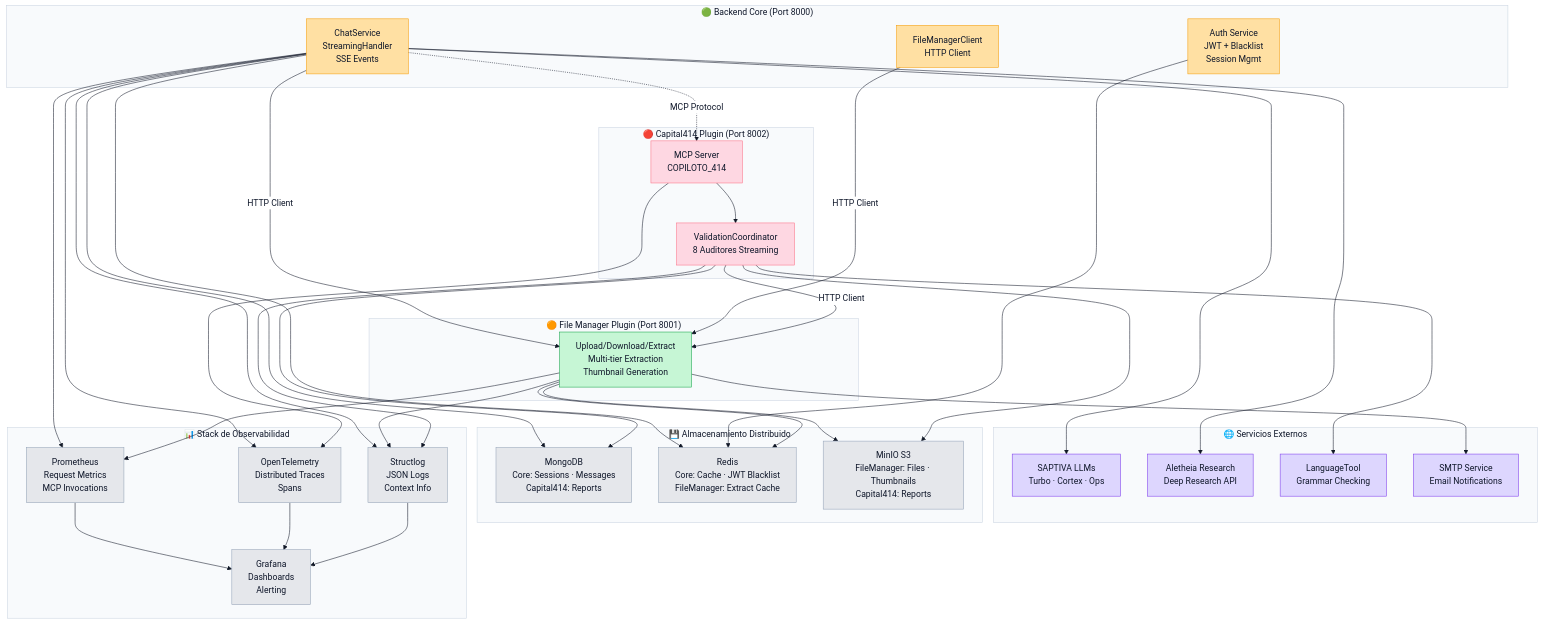
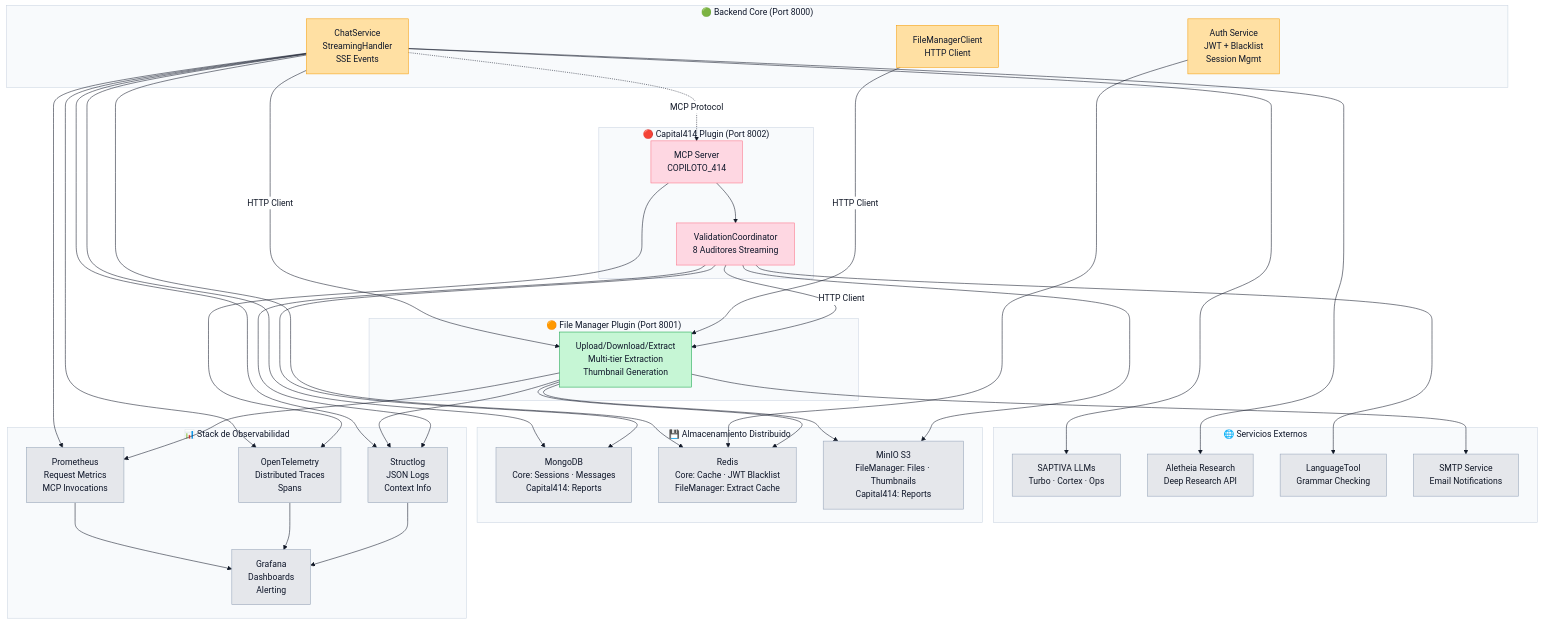
One commit to saptiva-ai/octavios-chat changed the fourth of 11 diagrams in README.md. Above: the diagram before and after it, drawn with Mermaid. The commit also changed other lines of this file, not shown here.

Commit message:
docs: simplify backend diagram palette

````diff
--- a/README.md
+++ b/README.md
@@ -541,79 +541,79 @@
 ```mermaid
-%%{init: {'theme': 'base', 'themeVariables': {'primaryColor': '#0f172a','primaryBorderColor': '#38bdf8','primaryTextColor': '#0f172a','lineColor': '#111827','textColor': '#111827','secondaryColor': '#ffffff','secondaryBorderColor': '#cbd5e1','secondaryTextColor': '#0f172a','tertiaryColor': '#f8fafc','tertiaryBorderColor': '#cbd5e1','tertiaryTextColor': '#0f172a'}}}%%
+%%{init: {'theme': 'base', 'themeVariables': {'primaryColor': '#0f172a','primaryBorderColor': '#38bdf8','primaryTextColor': '#111827','lineColor': '#111827','textColor': '#111827','secondaryColor': '#ffffff','secondaryBorderColor': '#cbd5e1','secondaryTextColor': '#0f172a','tertiaryColor': '#f8fafc','tertiaryBorderColor': '#cbd5e1','tertiaryTextColor': '#0f172a'}}}%%
 flowchart TB
     subgraph Core["🟢 Backend Core (Port 8000)"]
         chat_core["ChatService<br/>StreamingHandler<br/>SSE Events"]:::core
         auth_core["Auth Service<br/>JWT + Blacklist<br/>Session Mgmt"]:::core
         fm_client_core["FileManagerClient<br/>HTTP Client"]:::core
     end
 
     subgraph FileManager["🟠 File Manager Plugin (Port 8001)"]
         fm_service["Upload/Download/Extract<br/>Multi-tier Extraction<br/>Thumbnail Generation"]:::plugin_public
     end
 
     subgraph Capital414["🔴 Capital414 Plugin (Port 8002)"]
         audit_service["MCP Server<br/>COPILOTO_414"]:::plugin_private
         validation_coord["ValidationCoordinator<br/>8 Auditores Streaming"]:::plugin_private
     end
 
     subgraph External["🌐 Servicios Externos"]
         saptiva["SAPTIVA LLMs<br/>Turbo · Cortex · Ops"]:::external
         aletheia["Aletheia Research<br/>Deep Research API"]:::external
         languagetool["LanguageTool<br/>Grammar Checking"]:::external
         smtp["SMTP Service<br/>Email Notifications"]:::external
     end
 
     subgraph Storage["💾 Almacenamiento Distribuido"]
         mongo["MongoDB<br/>Core: Sessions · Messages<br/>Capital414: Reports"]:::infra
         redis["Redis<br/>Core: Cache · JWT Blacklist<br/>FileManager: Extract Cache"]:::infra
         minio["MinIO S3<br/>FileManager: Files · Thumbnails<br/>Capital414: Reports"]:::infra
     end
 
     subgraph Observability["📊 Stack de Observabilidad"]
         prom["Prometheus<br/>Request Metrics<br/>MCP Invocations"]:::infra
         otel["OpenTelemetry<br/>Distributed Traces<br/>Spans"]:::infra
         logs["Structlog<br/>JSON Logs<br/>Context Info"]:::infra
         grafana["Grafana<br/>Dashboards<br/>Alerting"]:::infra
     end
 
     %% Plugin-First Communication
     chat_core -->|"HTTP Client"| fm_service
     fm_client_core -->|"HTTP Client"| fm_service
     chat_core -.->|"MCP Protocol"| audit_service
     audit_service --> validation_coord
     validation_coord -->|"HTTP Client"| fm_service
 
     %% External Service Connections
     chat_core --> saptiva
     chat_core --> aletheia
     validation_coord --> languagetool
     fm_service --> smtp
 
     %% Storage Connections (Distributed)
     chat_core --> mongo
     chat_core --> redis
     auth_core --> redis
     fm_service --> minio
     fm_service --> redis
     validation_coord --> mongo
     validation_coord --> minio
 
     %% Observability (Centralized)
     chat_core --> prom
     chat_core --> otel
     chat_core --> logs
     fm_service --> prom
     fm_service --> logs
     audit_service --> otel
     validation_coord --> logs
 
     prom --> grafana
     otel --> grafana
     logs --> grafana
 
     classDef core fill:#ffe0a3,stroke:#f59e0b,color:#0f172a;
     classDef plugin_public fill:#c6f6d5,stroke:#16a34a,color:#0f172a;
     classDef plugin_private fill:#fed7e2,stroke:#fb7185,color:#0f172a;
-    classDef external fill:#ddd6fe,stroke:#7c3aed,color:#0f172a;
+    classDef external fill:#e5e7eb,stroke:#94a3b8,color:#111827;
     classDef infra fill:#e5e7eb,stroke:#94a3b8,color:#0f172a;
 ```
````
